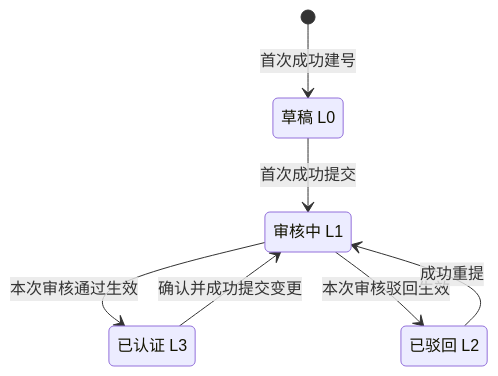
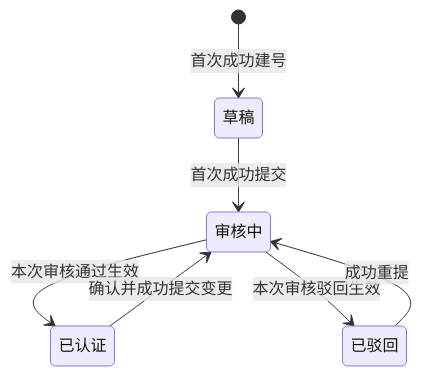
Before and after one commit to wxblockchain/Chain-Financing: the eighth of 9 diagrams in lending-platform/PRD/v2.0-登录与账户体系/02-资金方登录与账户体系-流程图与状态机.md, drawn with Mermaid. The commit also changed other lines of this file and 2 other files, not shown here.

````diff
--- a/lending-platform/PRD/v2.0-登录与账户体系/02-资金方登录与账户体系-流程图与状态机.md
+++ b/lending-platform/PRD/v2.0-登录与账户体系/02-资金方登录与账户体系-流程图与状态机.md
@@ -192,13 +192,13 @@
 ```mermaid
 stateDiagram-v2
     [*] --> draft: 首次成功建号
     draft --> submitted: 首次成功提交
     submitted --> verified: 本次审核通过生效
     submitted --> rejected: 本次审核驳回生效
     rejected --> submitted: 成功重提
     verified --> submitted: 确认并成功提交变更
-    draft: 草稿 L0
-    submitted: 审核中 L1
-    rejected: 已驳回 L2
-    verified: 已认证 L3
+    draft: 草稿
+    submitted: 审核中
+    rejected: 已驳回
+    verified: 已认证
 ```
````
